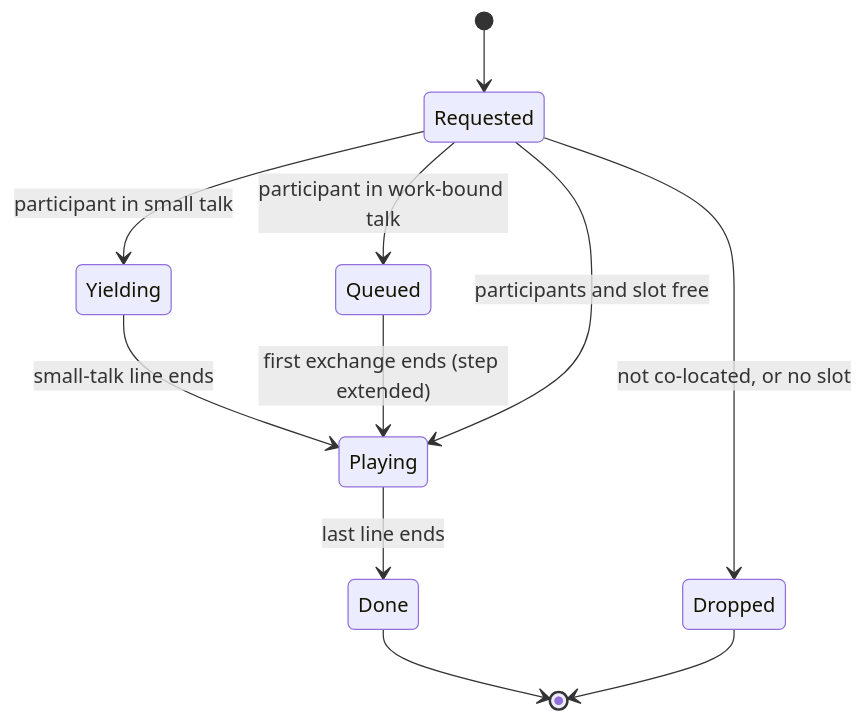
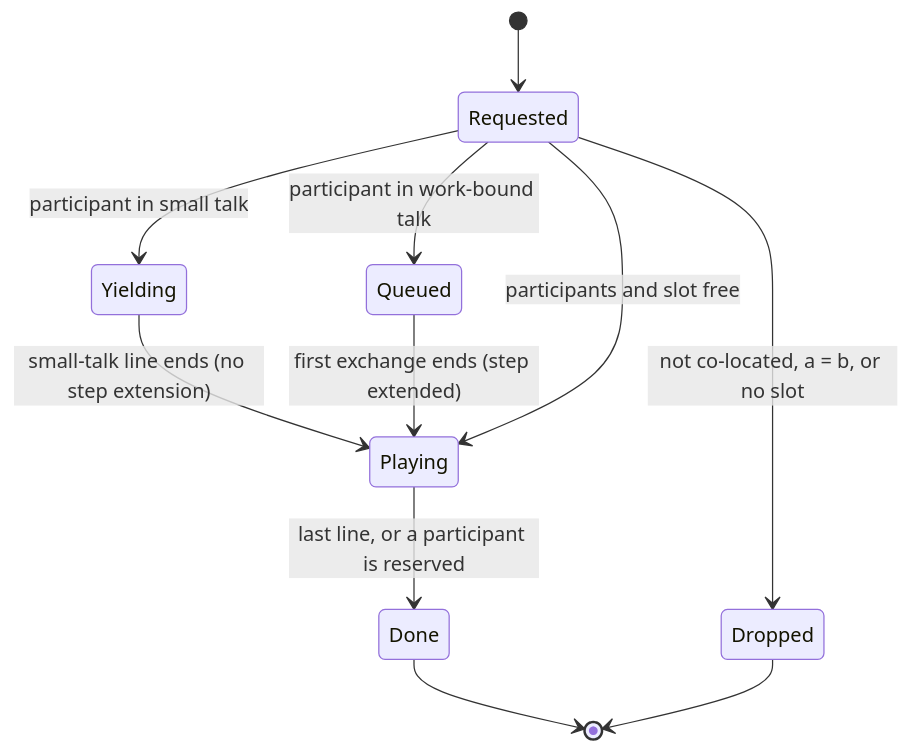
The second of 4 diagrams in specs/draft/0003-agency-tower-helpers-dialogue.md (GktuOktay/claude-agency-v2), drawn with Mermaid before and after one commit. The commit also changed other lines of this file, not shown here.

````diff
--- a/specs/draft/0003-agency-tower-helpers-dialogue.md
+++ b/specs/draft/0003-agency-tower-helpers-dialogue.md
@@ -86,14 +89,14 @@
 ```mermaid
 stateDiagram-v2
   %% Question: what happens to an exchange request? (6 states)
   [*] --> Requested
-  Requested --> Dropped: not co-located, or no slot
+  Requested --> Dropped: not co-located, a = b, or no slot
   Requested --> Queued: participant in work-bound talk
   Requested --> Yielding: participant in small talk
-  Yielding --> Playing: small-talk line ends
+  Yielding --> Playing: small-talk line ends (no step extension)
   Queued --> Playing: first exchange ends (step extended)
   Requested --> Playing: participants and slot free
-  Playing --> Done: last line ends
+  Playing --> Done: last line, or a participant is reserved
   Done --> [*]
   Dropped --> [*]
 ```
````
